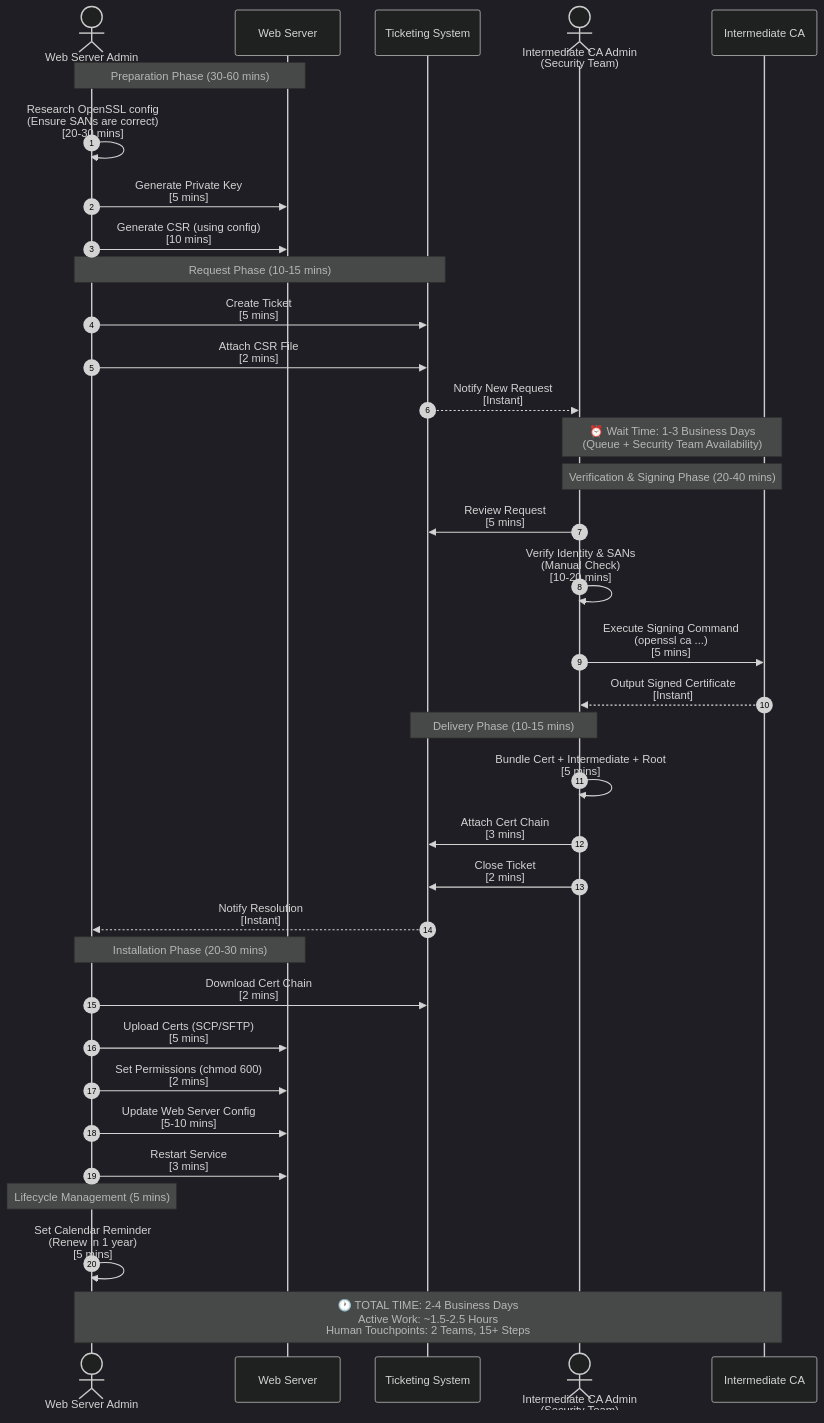
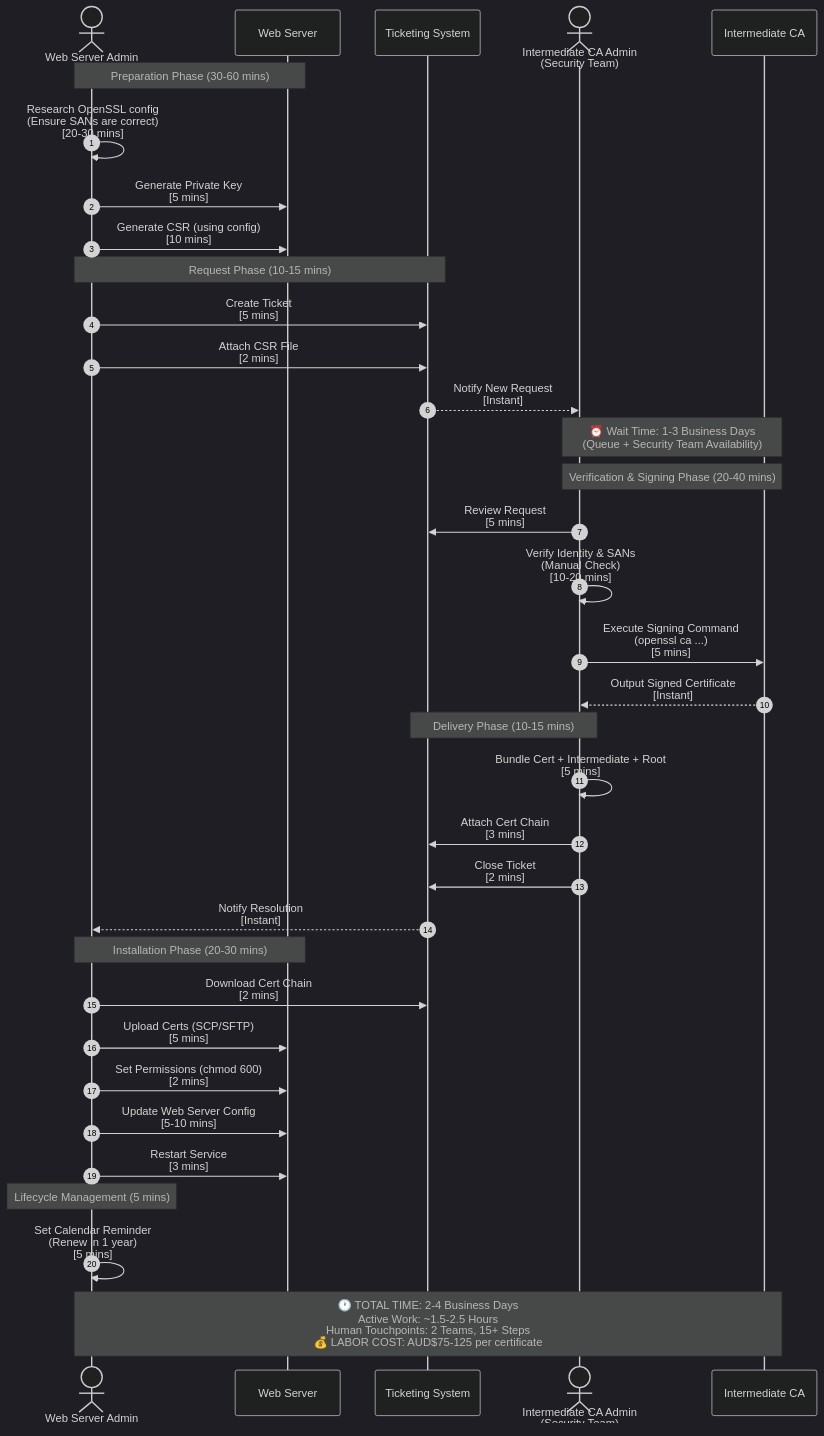
Before and after one commit to songlining/pki: the first of 2 diagrams in tls-cert-gen-manual-vs-vault.md, drawn with Mermaid (dark theme). The commit also changed other lines of this file, not shown here.

Commit message:
cost estimation

````diff
--- a/tls-cert-gen-manual-vs-vault.md
+++ b/tls-cert-gen-manual-vs-vault.md
@@ -21,45 +21,45 @@
 ```mermaid
 sequenceDiagram
     autonumber
     actor WebAdmin as Web Server Admin
     participant Server as Web Server
     participant Ticket as Ticketing System
     actor CAAdmin as Intermediate CA Admin<br/>(Security Team)
     participant CA as Intermediate CA
 
     Note over WebAdmin, Server: Preparation Phase (30-60 mins)
     WebAdmin->>WebAdmin: Research OpenSSL config<br/>(Ensure SANs are correct)<br/>[20-30 mins]
     WebAdmin->>Server: Generate Private Key<br/>[5 mins]
     WebAdmin->>Server: Generate CSR (using config)<br/>[10 mins]
 
     Note over WebAdmin, Ticket: Request Phase (10-15 mins)
     WebAdmin->>Ticket: Create Ticket<br/>[5 mins]
     WebAdmin->>Ticket: Attach CSR File<br/>[2 mins]
     Ticket-->>CAAdmin: Notify New Request<br/>[Instant]
 
     Note over CAAdmin, CA: ⏰ Wait Time: 1-3 Business Days<br/>(Queue + Security Team Availability)
 
     Note over CAAdmin, CA: Verification & Signing Phase (20-40 mins)
     CAAdmin->>Ticket: Review Request<br/>[5 mins]
     CAAdmin->>CAAdmin: Verify Identity & SANs<br/>(Manual Check)<br/>[10-20 mins]
     CAAdmin->>CA: Execute Signing Command<br/>(openssl ca ...)<br/>[5 mins]
     CA-->>CAAdmin: Output Signed Certificate<br/>[Instant]
 
     Note over CAAdmin, Ticket: Delivery Phase (10-15 mins)
     CAAdmin->>CAAdmin: Bundle Cert + Intermediate + Root<br/>[5 mins]
     CAAdmin->>Ticket: Attach Cert Chain<br/>[3 mins]
     CAAdmin->>Ticket: Close Ticket<br/>[2 mins]
     Ticket-->>WebAdmin: Notify Resolution<br/>[Instant]
 
     Note over WebAdmin, Server: Installation Phase (20-30 mins)
     WebAdmin->>Ticket: Download Cert Chain<br/>[2 mins]
     WebAdmin->>Server: Upload Certs (SCP/SFTP)<br/>[5 mins]
     WebAdmin->>Server: Set Permissions (chmod 600)<br/>[2 mins]
     WebAdmin->>Server: Update Web Server Config<br/>[5-10 mins]
     WebAdmin->>Server: Restart Service<br/>[3 mins]
 
     Note over WebAdmin: Lifecycle Management (5 mins)
     WebAdmin->>WebAdmin: Set Calendar Reminder<br/>(Renew in 1 year)<br/>[5 mins]
 
-    Note over WebAdmin, CA: 🕐 TOTAL TIME: 2-4 Business Days<br/>Active Work: ~1.5-2.5 Hours<br/>Human Touchpoints: 2 Teams, 15+ Steps
+    Note over WebAdmin, CA: 🕐 TOTAL TIME: 2-4 Business Days<br/>Active Work: ~1.5-2.5 Hours<br/>Human Touchpoints: 2 Teams, 15+ Steps<br/>💰 LABOR COST: AUD$75-125 per certificate
 ```
````
